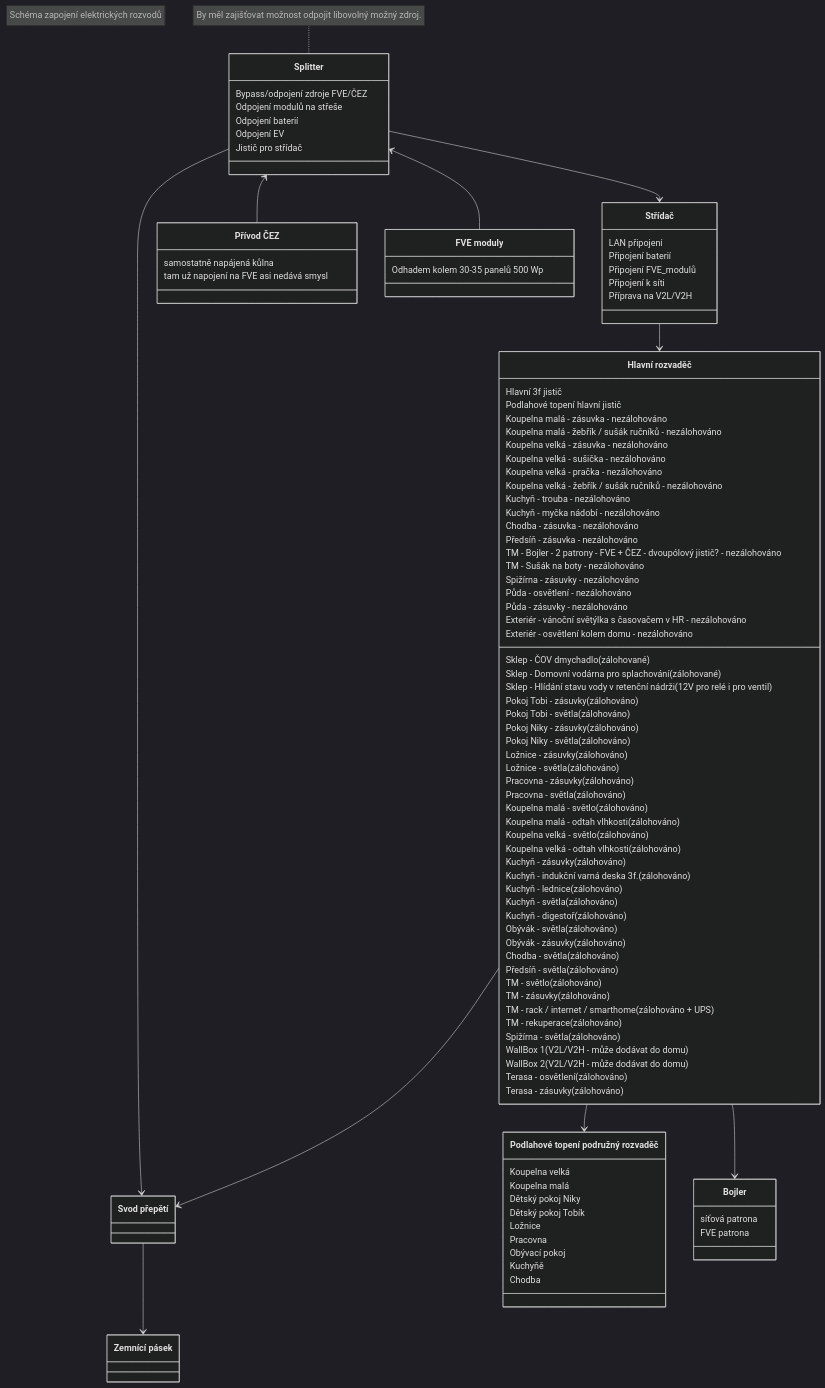
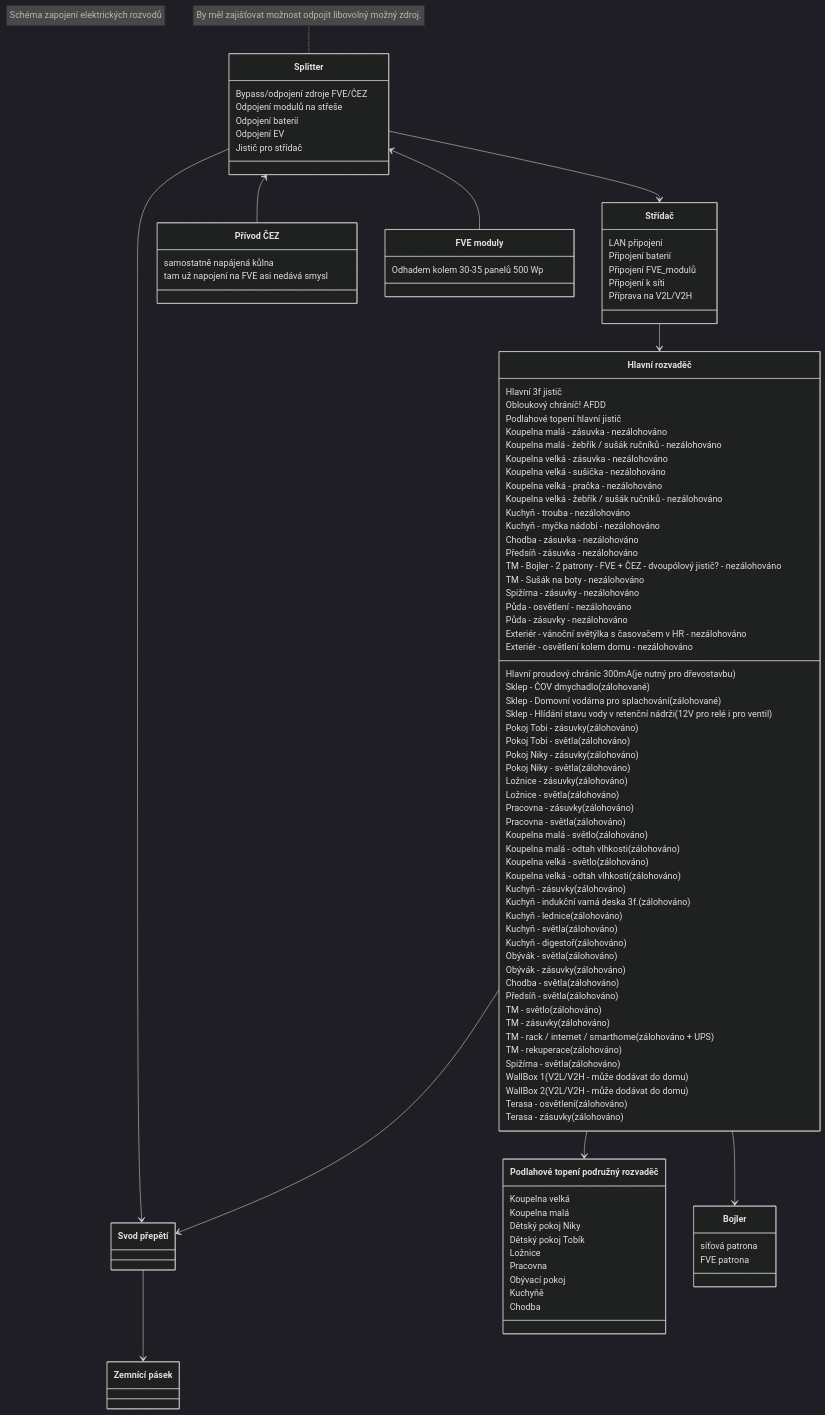
The first of 2 diagrams in Elektrika.md (mtrakal/smrci), drawn with Mermaid (dark theme) before and after one commit. The commit also changed other lines of this file and 1 other file, not shown here.

Commit message:
Oblouková ochrana elektrointsalce

```diff
--- a/Elektrika.md
+++ b/Elektrika.md
@@ -55,6 +57,10 @@
   
   class HlavníRozvaděč["Hlavní rozvaděč"] {
     Hlavní 3f jistič
+    
+    Obloukový chráníč! AFDD
+    Hlavní proudový chráníc 300mA (je nutný pro dřevostavbu)
+    
     Podlahové topení hlavní jistič
     
     Sklep - ČOV dmychadlo (zálohované)
```
